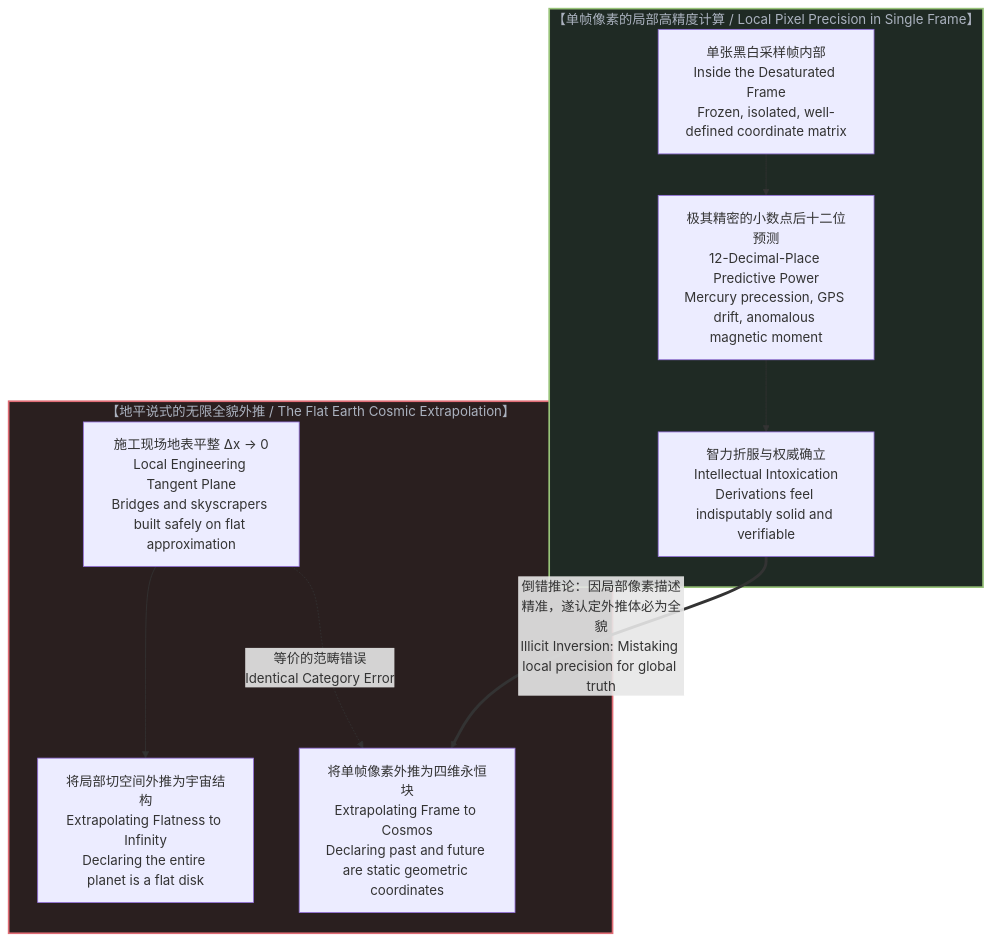
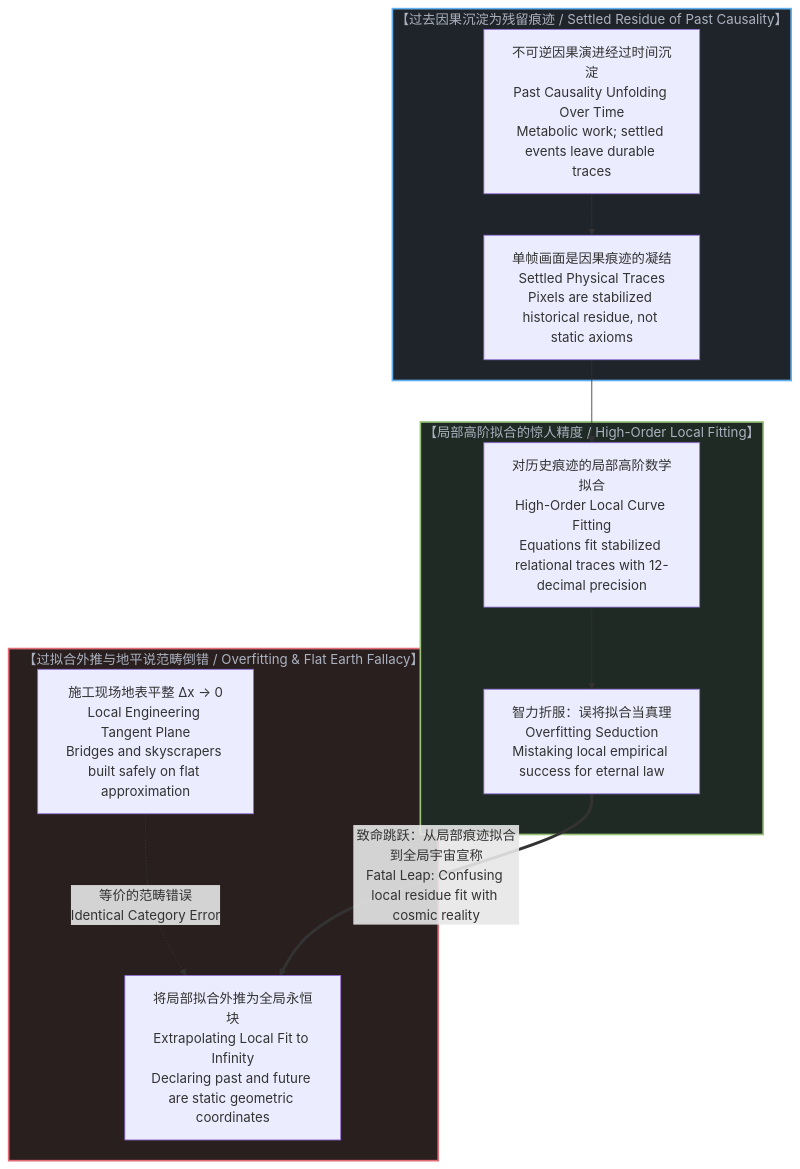
The third of 6 diagrams in content/posts/the-black-and-white-sample-frame-and-the-extrapolated-universe.md (powerpig99/not-a-toe), drawn with Mermaid before and after one commit. The commit also changed other lines of this file and 3 other files, not shown here.

Commit message:
Integrate causal residue and local high-order fitting insight into post 299

````diff
--- a/content/posts/the-black-and-white-sample-frame-and-the-extrapolated-universe.md
+++ b/content/posts/the-black-and-white-sample-frame-and-the-extrapolated-universe.md
@@ -103,23 +105,27 @@
 ```mermaid
 graph TD
-    subgraph LocalSampleSuccess["【单帧像素的局部高精度计算 / Local Pixel Precision in Single Frame】"]
-        SampleFrame["单张黑白采样帧内部<br>Inside the Desaturated Frame<br>Frozen, isolated, well-defined coordinate matrix"]
-        PixelEquations["极其精密的小数点后十二位预测<br>12-Decimal-Place Predictive Power<br>Mercury precession, GPS drift, anomalous magnetic moment"]
-        IntellectualAwe["智力折服与权威确立<br>Intellectual Intoxication<br>Derivations feel indisputably solid and verifiable"]
-        SampleFrame --> PixelEquations
-        PixelEquations --> IntellectualAwe
+    subgraph CausalResidueSource["【过去因果沉淀为残留痕迹 / Settled Residue of Past Causality】"]
+        PastCausality["不可逆因果演进经过时间沉淀<br>Past Causality Unfolding Over Time<br>Metabolic work; settled events leave durable traces"]
+        FrozenResidue["单帧画面是因果痕迹的凝结<br>Settled Physical Traces<br>Pixels are stabilized historical residue, not static axioms"]
+        PastCausality --> FrozenResidue
     end
 
-    subgraph TheCategoryFallacy["【地平说式的无限全貌外推 / The Flat Earth Cosmic Extrapolation】"]
+    subgraph LocalSampleSuccess["【局部高阶拟合的惊人精度 / High-Order Local Fitting】"]
+        HighOrderFit["对历史痕迹的局部高阶数学拟合<br>High-Order Local Curve Fitting<br>Equations fit stabilized relational traces with 12-decimal precision"]
+        IntellectualAwe["智力折服：误将拟合当真理<br>Overfitting Seduction<br>Mistaking local empirical success for eternal law"]
+        FrozenResidue --> HighOrderFit
+        HighOrderFit --> IntellectualAwe
+    end
+
+    subgraph TheCategoryFallacy["【过拟合外推与地平说范畴倒错 / Overfitting & Flat Earth Fallacy】"]
         FlatConstruction["施工现场地表平整 Δx → 0<br>Local Engineering Tangent Plane<br>Bridges and skyscrapers built safely on flat approximation"]
-        FlatEarthDoctrine["将局部切空间外推为宇宙结构<br>Extrapolating Flatness to Infinity<br>Declaring the entire planet is a flat disk"]
-        CosmicBlockExtrapolation["将单帧像素外推为四维永恒块<br>Extrapolating Frame to Cosmos<br>Declaring past and future are static geometric coordinates"]
-        FlatConstruction --> FlatEarthDoctrine
+        CosmicBlockExtrapolation["将局部拟合外推为全局永恒块<br>Extrapolating Local Fit to Infinity<br>Declaring past and future are static geometric coordinates"]
         FlatConstruction -.->|"等价的范畴错误<br>Identical Category Error"| CosmicBlockExtrapolation
     end
 
-    IntellectualAwe ==>|"倒错推论：因局部像素描述精准，遂认定外推体必为全貌<br>Illicit Inversion: Mistaking local precision for global truth"| CosmicBlockExtrapolation
+    IntellectualAwe ==>|"致命跳跃：从局部痕迹拟合到全局宇宙宣称<br>Fatal Leap: Confusing local residue fit with cosmic reality"| CosmicBlockExtrapolation
 
+    style CausalResidueSource fill:#1f242a,stroke:#61afef,stroke-width:2px,color:#abb2bf
     style LocalSampleSuccess fill:#1f2a24,stroke:#98c379,stroke-width:2px,color:#abb2bf
     style TheCategoryFallacy fill:#2a1f1f,stroke:#e06c75,stroke-width:2px,color:#abb2bf
 ```
````
